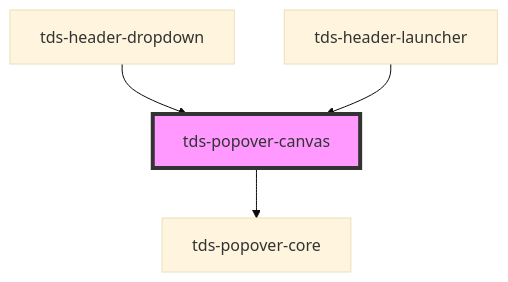
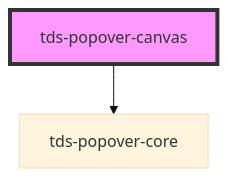
Before and after one commit to scania-digital-design-system/tegel: the diagram in packages/core/src/components/popover-canvas/readme.md, drawn with Mermaid (base theme). The commit also changed other lines of this file and 21 other files, not shown here.

````diff
--- a/packages/core/src/components/popover-canvas/readme.md
+++ b/packages/core/src/components/popover-canvas/readme.md
@@ -78,7 +73,5 @@
 ```mermaid
 graph TD;
   tds-popover-canvas --> tds-popover-core
-  tds-header-dropdown --> tds-popover-canvas
-  tds-header-launcher --> tds-popover-canvas
   style tds-popover-canvas fill:#f9f,stroke:#333,stroke-width:4px
 ```
````
